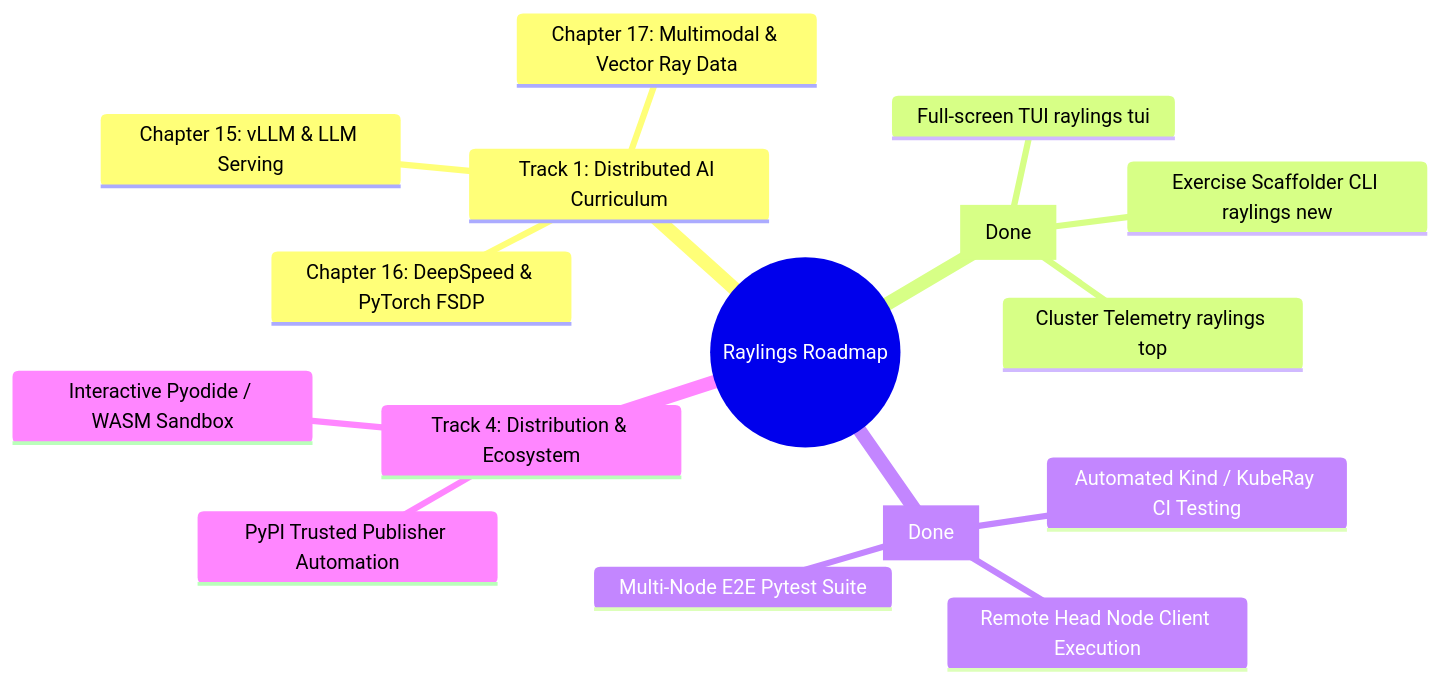
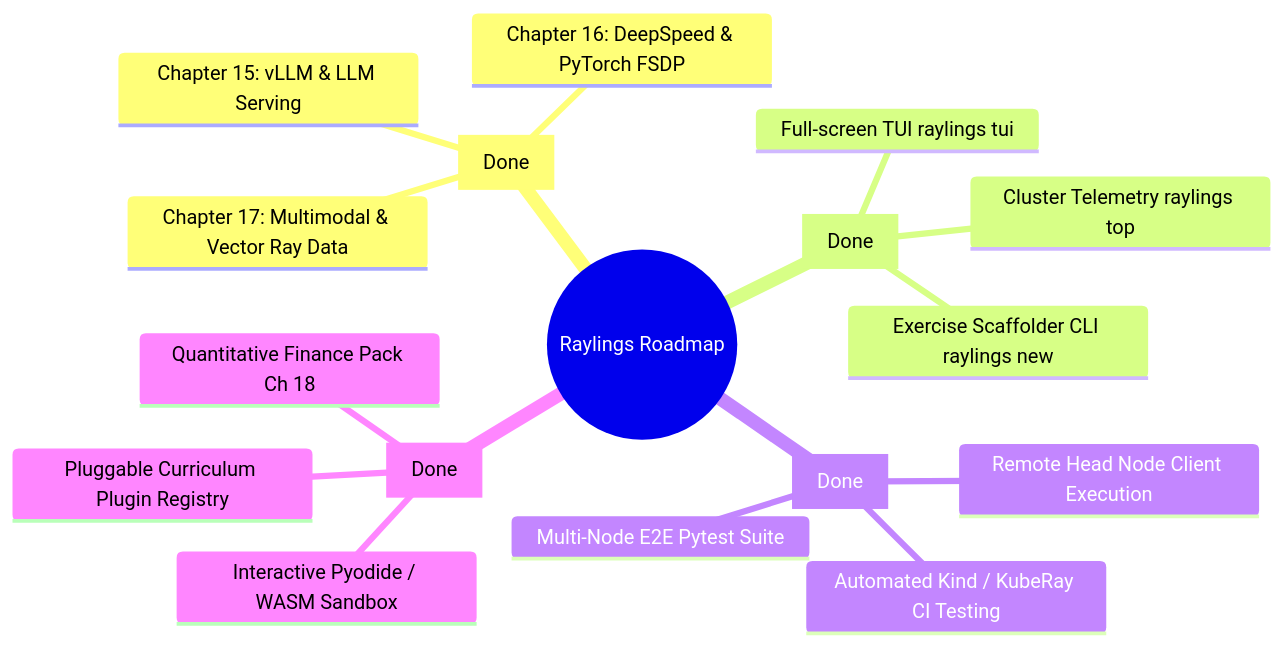
Before and after one commit to dnf0/raylings: the diagram in docs/ROADMAP.md, drawn with Mermaid. The commit also changed other lines of this file and 26 other files, not shown here.

First line of the commit message:
feat(ecosystem): implement WASM Pyodide playground and curriculum plugin registry (#15)

````diff
--- a/docs/ROADMAP.md
+++ b/docs/ROADMAP.md
@@ -9,19 +9,20 @@
 ```mermaid
 mindmap
   root((Raylings Roadmap))
-    Track 1: Distributed AI Curriculum
+    Track 1: Distributed AI Curriculum [Done]
       Chapter 15: vLLM & LLM Serving
       Chapter 16: DeepSpeed & PyTorch FSDP
       Chapter 17: Multimodal & Vector Ray Data
     Track 2: Developer Tooling [Done]
       Full-screen TUI raylings tui
       Exercise Scaffolder CLI raylings new
       Cluster Telemetry raylings top
     Track 3: Cloud & Infrastructure [Done]
       Automated Kind / KubeRay CI Testing
       Multi-Node E2E Pytest Suite
       Remote Head Node Client Execution
-    Track 4: Distribution & Ecosystem
-      PyPI Trusted Publisher Automation
+    Track 4: Ecosystem & WASM [Done]
       Interactive Pyodide / WASM Sandbox
+      Pluggable Curriculum Plugin Registry
+      Quantitative Finance Pack Ch 18
 ```
````
